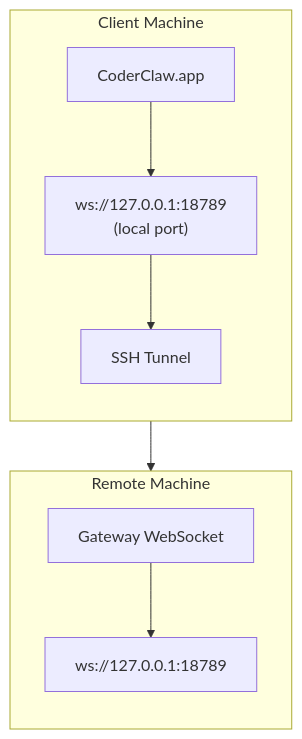
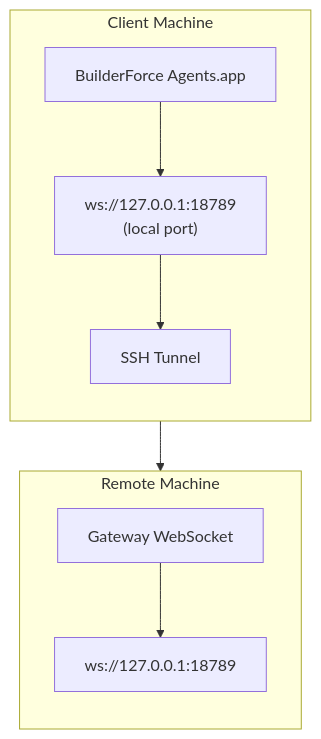
Before and after one commit to SeanHogg/Builderforce.ai: the diagram in docs-site/src/content/docs/gateway/remote-gateway-readme.md, drawn with Mermaid. The commit also changed other lines of this file and 5470 other files, not shown here.

````diff
--- a/docs-site/src/content/docs/gateway/remote-gateway-readme.md
+++ b/docs-site/src/content/docs/gateway/remote-gateway-readme.md
@@ -13,20 +13,20 @@
 ```mermaid
 flowchart TB
     subgraph Client["Client Machine"]
         direction TB
-        A["CoderClaw.app"]
+        A["BuilderForce Agents.app"]
         B["ws://127.0.0.1:18789\n(local port)"]
         T["SSH Tunnel"]
 
         A --> B
         B --> T
     end
     subgraph Remote["Remote Machine"]
         direction TB
         C["Gateway WebSocket"]
         D["ws://127.0.0.1:18789"]
 
         C --> D
     end
     T --> C
 ```
````
